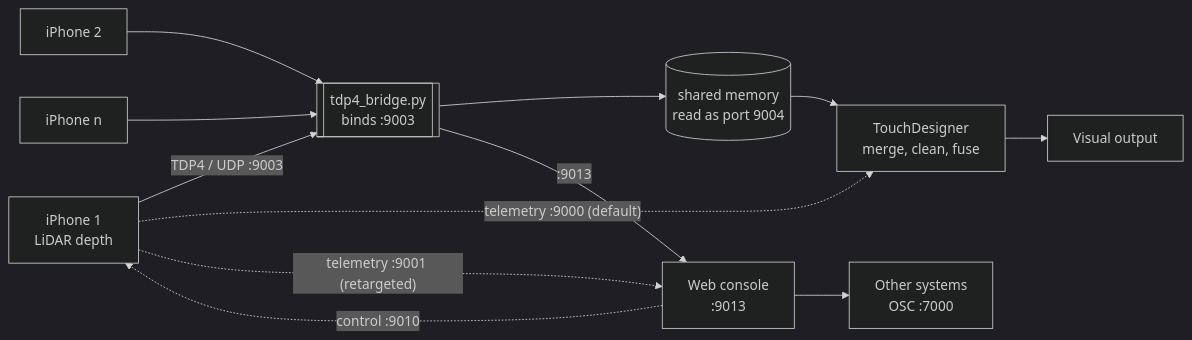
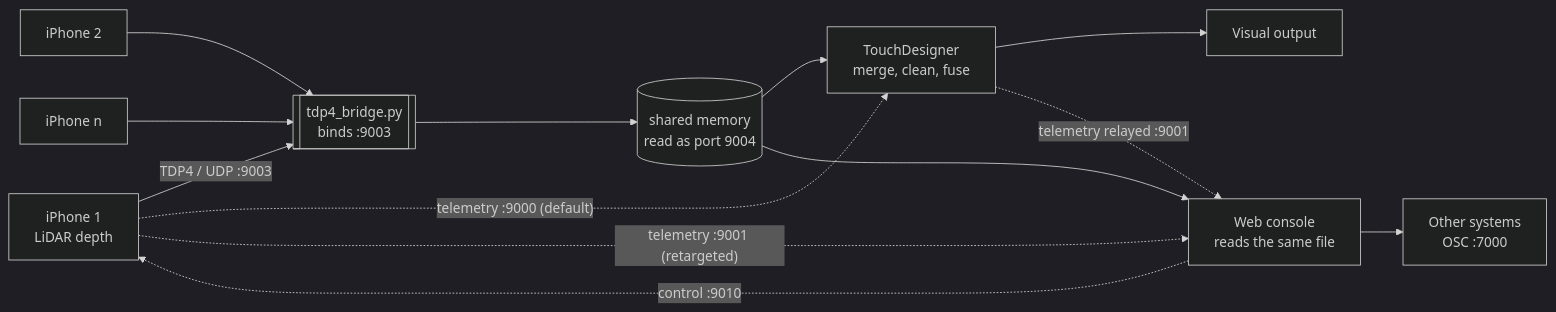
The first of 2 diagrams in reference/ports.md (AristidesAI/TDStage-Docs), drawn with Mermaid (dark theme) before and after one commit. The commit also changed other lines of this file and 22 other files, not shown here.

````diff
--- a/reference/ports.md
+++ b/reference/ports.md
@@ -88,21 +90,22 @@
 ```mermaid
 flowchart LR
   P1["iPhone 1<br/>LiDAR depth"]
   P2["iPhone 2"]
   PN["iPhone n"]
   BR[["tdp4_bridge.py<br/>binds :9003"]]
   SHM[("shared memory<br/>read as port 9004")]
   TD["TouchDesigner<br/>merge, clean, fuse"]
-  CO["Web console<br/>:9013"]
+  CO["Web console<br/>reads the same file"]
   OUT["Visual output"]
   CLI["Other systems<br/>OSC :7000"]
 
   P1 -- "TDP4 / UDP :9003" --> BR
   P2 --> BR
   PN --> BR
   BR --> SHM --> TD --> OUT
-  BR -- ":9013" --> CO --> CLI
+  SHM --> CO --> CLI
   P1 -. "telemetry :9000 (default)" .-> TD
+  TD -. "telemetry relayed :9001" .-> CO
   P1 -. "telemetry :9001 (retargeted)" .-> CO
   CO -. "control :9010" .-> P1
 ```
````
